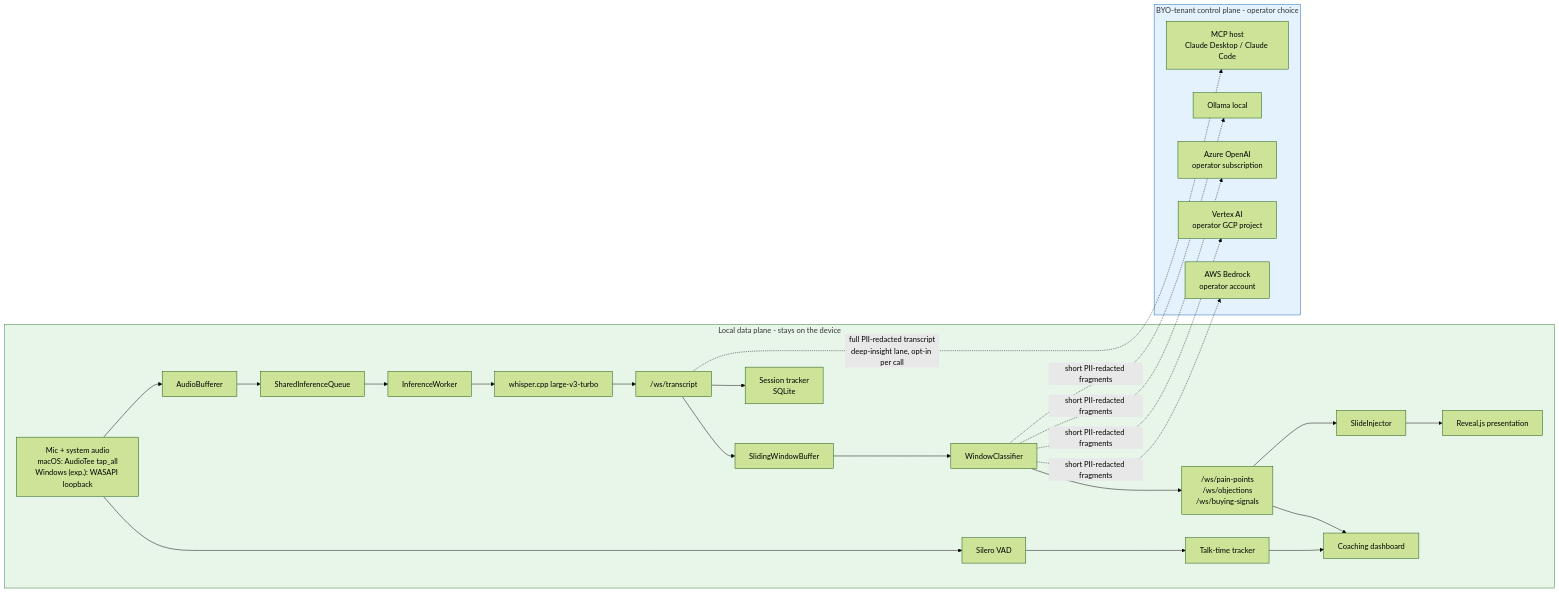
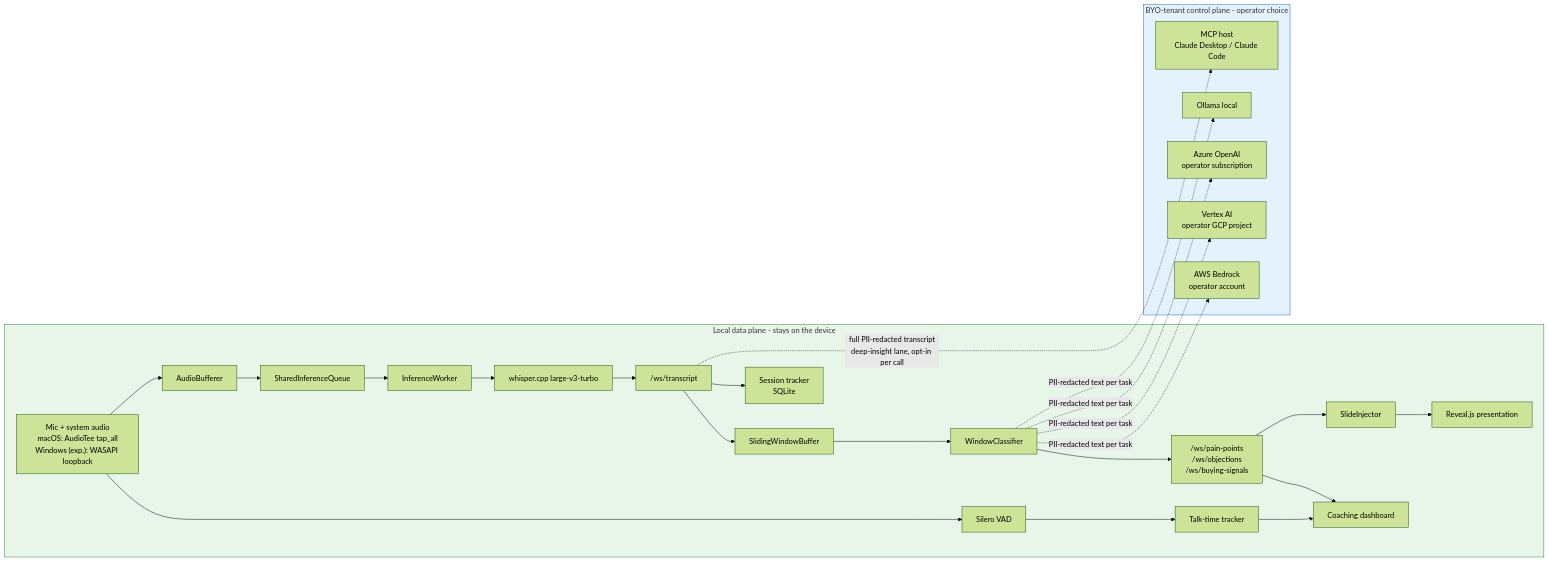
Before and after one commit to Vinix24/OnCue: the first of 2 diagrams in docs/ARCHITECTURE.md, drawn with Mermaid (forest theme). The commit also changed other lines of this file and 100 other files, not shown here.

````diff
--- a/docs/ARCHITECTURE.md
+++ b/docs/ARCHITECTURE.md
@@ -18,31 +18,31 @@
 ```mermaid
 graph LR
     subgraph local["Local data plane - stays on the device"]
         A["Mic + system audio<br/>macOS: AudioTee tap_all<br/>Windows (exp.): WASAPI loopback"] --> B[Silero VAD]
         B --> C[Talk-time tracker]
         A --> D[AudioBufferer]
         D --> E[SharedInferenceQueue]
         E --> F[InferenceWorker]
         F --> G[whisper.cpp large-v3-turbo]
         G --> H["/ws/transcript"]
         H --> I[SlidingWindowBuffer]
         I --> J[WindowClassifier]
         J --> K["/ws/pain-points<br/>/ws/objections<br/>/ws/buying-signals"]
         K --> L[SlideInjector]
         L --> M[Reveal.js presentation]
         C --> N[Coaching dashboard]
         K --> N
         H --> O["Session tracker<br/>SQLite"]
     end
 
     subgraph tenant["BYO-tenant control plane - operator choice"]
         H -. "full PII-redacted transcript<br/>deep-insight lane, opt-in per call" .-> T["MCP host<br/>Claude Desktop / Claude Code"]
-        J -. short PII-redacted fragments .-> P[Ollama local]
-        J -. short PII-redacted fragments .-> Q[Azure OpenAI<br/>operator subscription]
-        J -. short PII-redacted fragments .-> R[Vertex AI<br/>operator GCP project]
-        J -. short PII-redacted fragments .-> S[AWS Bedrock<br/>operator account]
+        J -. PII-redacted text per task .-> P[Ollama local]
+        J -. PII-redacted text per task .-> Q[Azure OpenAI<br/>operator subscription]
+        J -. PII-redacted text per task .-> R[Vertex AI<br/>operator GCP project]
+        J -. PII-redacted text per task .-> S[AWS Bedrock<br/>operator account]
     end
 
     style local fill:#e8f5e9,stroke:#2e7d32
     style tenant fill:#e3f2fd,stroke:#1565c0
 ```
````
